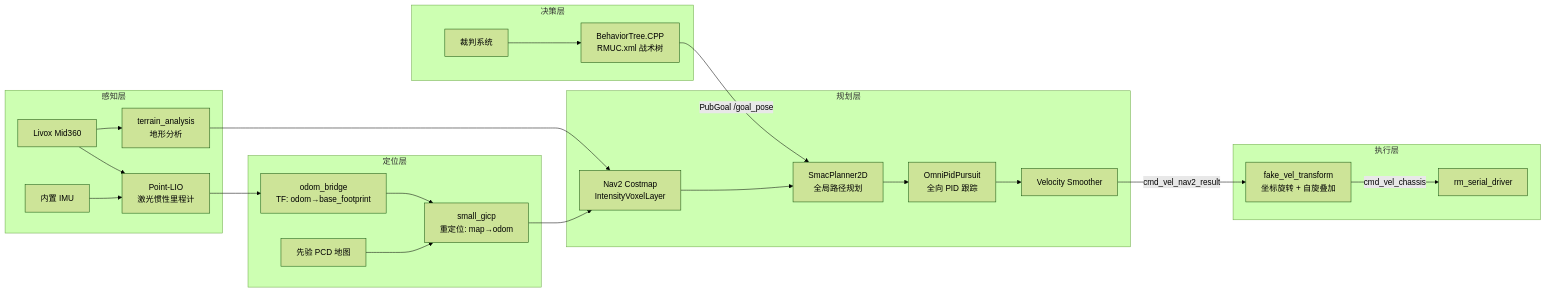
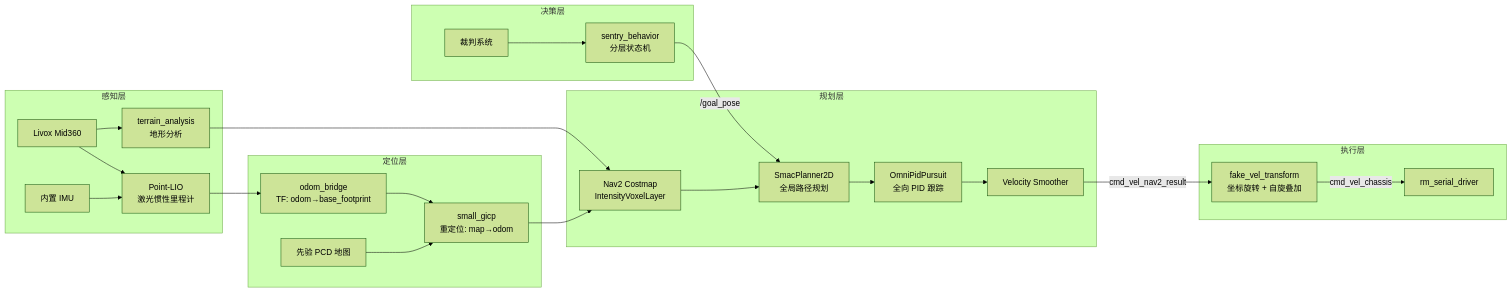
One commit to Boombroke/omni_navigation changed the diagram in README.md. Above: the diagram before and after it, drawn with Mermaid (forest theme). The commit also changed other lines of this file and 8 other files, not shown here.

First line of the commit message:
docs: 文档对齐状态机决策(脱离 BehaviorTree)

````diff
--- a/README.md
+++ b/README.md
@@ -15,32 +15,32 @@
 ```mermaid
 graph LR
     subgraph 感知层
         LiDAR[Livox Mid360] --> PL[Point-LIO<br/>激光惯性里程计]
         IMU[内置 IMU] --> PL
         LiDAR --> TA[terrain_analysis<br/>地形分析]
     end
 
     subgraph 定位层
         PL --> OB[odom_bridge<br/>TF: odom→base_footprint]
         PCD[先验 PCD 地图] --> GICP[small_gicp<br/>重定位: map→odom]
         OB --> GICP
     end
 
     subgraph 规划层
         GICP --> CM[Nav2 Costmap<br/>IntensityVoxelLayer]
         TA --> CM
         CM --> GP[SmacPlanner2D<br/>全局路径规划]
         GP --> LP[OmniPidPursuit<br/>全向 PID 跟踪]
         LP --> VS[Velocity Smoother]
     end
 
     subgraph 决策层
-        REF[裁判系统] --> BT[BehaviorTree.CPP<br/>RMUC.xml 战术树]
-        BT -->|PubGoal /goal_pose| GP
+        REF[裁判系统] --> BT[sentry_behavior<br/>分层状态机]
+        BT -->|/goal_pose| GP
     end
 
     subgraph 执行层
         VS -->|cmd_vel_nav2_result| FVT[fake_vel_transform<br/>坐标旋转 + 自旋叠加]
         FVT -->|cmd_vel_chassis| SER[rm_serial_driver]
     end
 ```
````
